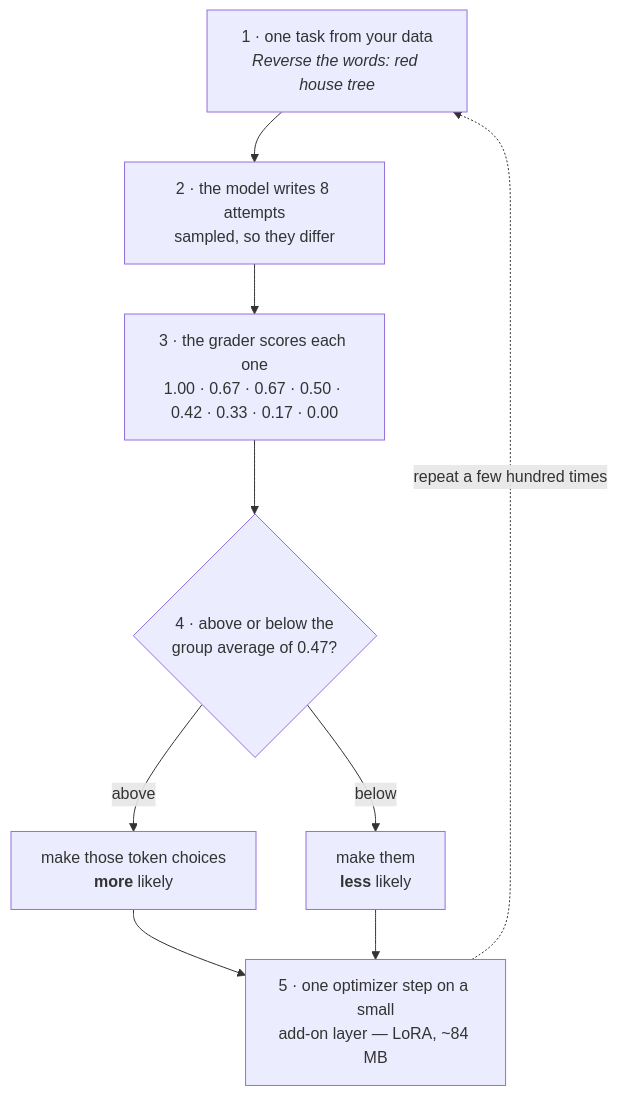
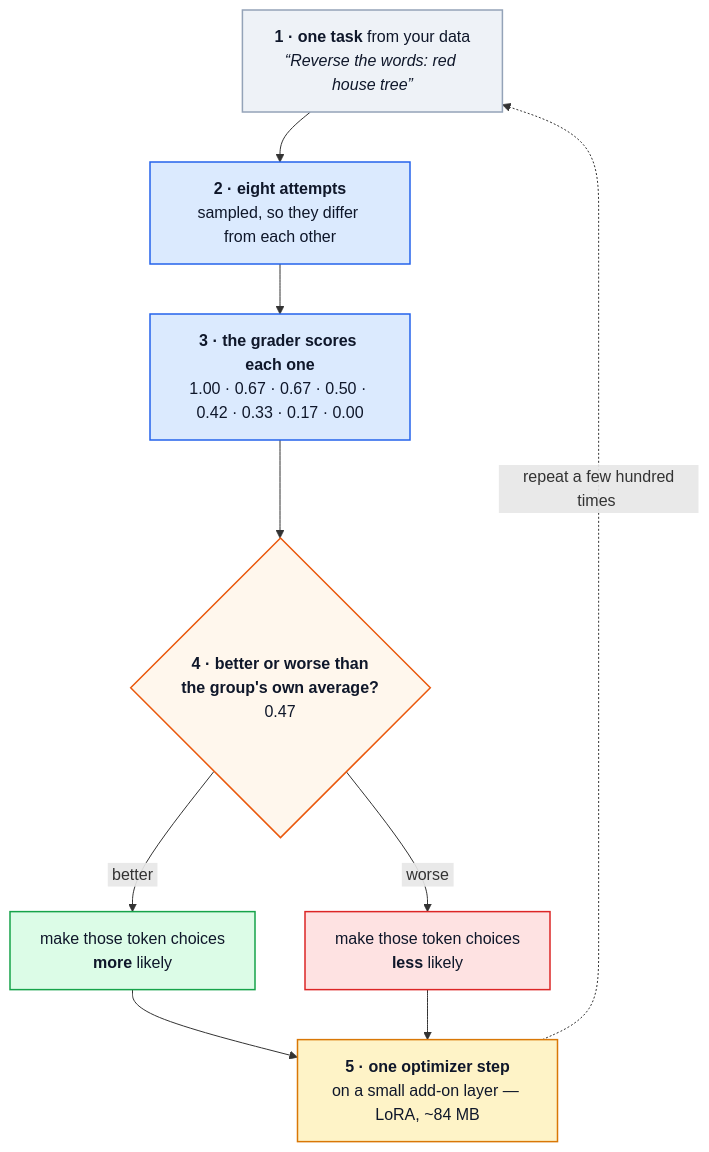
One commit to autonomous-ai/autonomous-grid changed the second of 5 diagrams in train/README.md. Above: the diagram before and after it, drawn with Mermaid. The commit also changed other lines of this file, not shown here.

````diff
--- a/train/README.md
+++ b/train/README.md
@@ -54,14 +63,29 @@
 ```mermaid
 flowchart TB
-  T["1 · one task from your data<br/><i>Reverse the words: red house tree</i>"]
-  G["2 · the model writes 8 attempts<br/>sampled, so they differ"]
-  S["3 · the grader scores each one<br/>1.00 · 0.67 · 0.67 · 0.50 · 0.42 · 0.33 · 0.17 · 0.00"]
-  M{"4 · above or below the<br/>group average of 0.47?"}
+  T["<b>1 · one task</b> from your data<br/><i>“Reverse the words: red house tree”</i>"]
+  G["<b>2 · eight attempts</b><br/>sampled, so they differ from each other"]
+  S["<b>3 · the grader scores each one</b><br/>1.00 · 0.67 · 0.67 · 0.50 · 0.42 · 0.33 · 0.17 · 0.00"]
+  M{"<b>4 · better or worse than<br/>the group's own average?</b><br/>0.47"}
   U["make those token choices<br/><b>more</b> likely"]
-  D["make them<br/><b>less</b> likely"]
-  O["5 · one optimizer step on a small<br/>add-on layer — LoRA, ~84 MB"]
+  D["make those token choices<br/><b>less</b> likely"]
+  O["<b>5 · one optimizer step</b><br/>on a small add-on layer — LoRA, ~84 MB"]
   T --> G --> S --> M
-  M -- above --> U --> O
-  M -- below --> D --> O
-  O -. "repeat a few hundred times" .-> T
+  M -- "&nbsp;better&nbsp;" --> U
+  M -- "&nbsp;worse&nbsp;" --> D
+  U --> O
+  D --> O
+  O -. "&nbsp;repeat a few hundred times&nbsp;" .-> T
+
+  classDef data fill:#eef2f7,stroke:#94a3b8,stroke-width:1.5px,color:#0f172a
+  classDef work fill:#dbeafe,stroke:#2563eb,stroke-width:1.5px,color:#0f172a
+  classDef ask fill:#fff7ed,stroke:#ea580c,stroke-width:1.5px,color:#0f172a
+  classDef up fill:#dcfce7,stroke:#16a34a,stroke-width:1.5px,color:#0f172a
+  classDef down fill:#fee2e2,stroke:#dc2626,stroke-width:1.5px,color:#0f172a
+  classDef step fill:#fef3c7,stroke:#d97706,stroke-width:1.5px,color:#0f172a
+  class T data
+  class G,S work
+  class M ask
+  class U up
+  class D down
+  class O step
 ```
````
